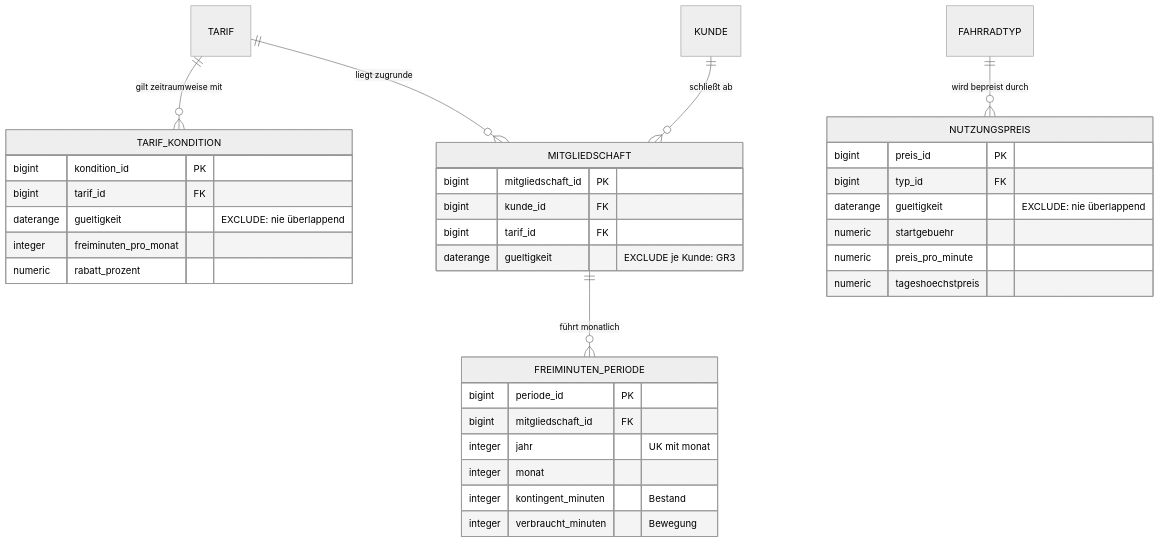
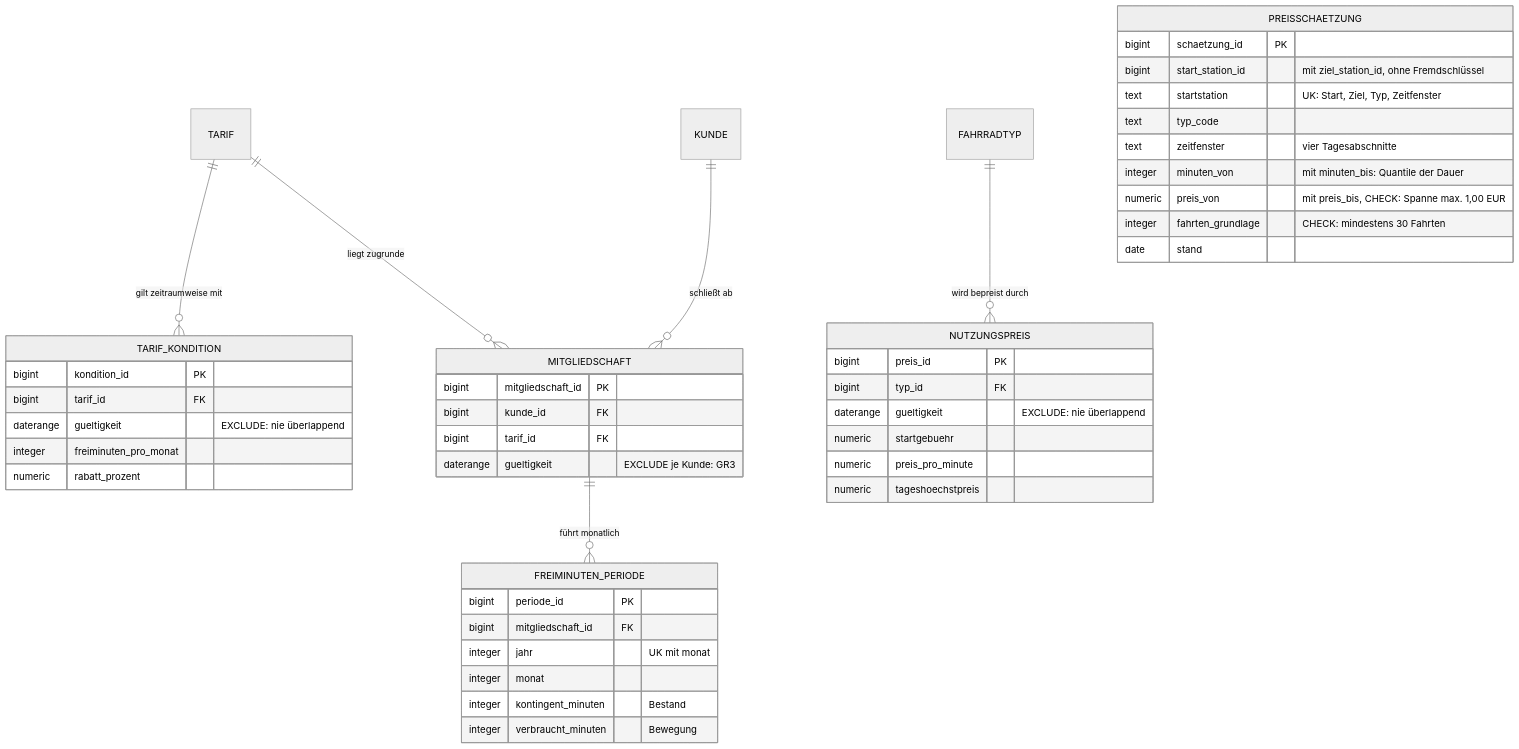
The diagram in doku/datenmodell/erd/rel-c-tarif-und-preis.mmd (swrobuts/velocity-fallstudie), drawn with Mermaid (neutral theme) before and after one commit. The commit also changed 6 other files, not shown here.

First line of the commit message:
fix(erd): drei Diagramme kannten die Preisschaetzung nicht

```diff
--- a/doku/datenmodell/erd/rel-c-tarif-und-preis.mmd
+++ b/doku/datenmodell/erd/rel-c-tarif-und-preis.mmd
@@ -1,36 +1,47 @@
 erDiagram
     TARIF          ||--o{ TARIF_KONDITION     : "gilt zeitraumweise mit"
     KUNDE          ||--o{ MITGLIEDSCHAFT      : "schließt ab"
     TARIF          ||--o{ MITGLIEDSCHAFT      : "liegt zugrunde"
     MITGLIEDSCHAFT ||--o{ FREIMINUTEN_PERIODE : "führt monatlich"
     FAHRRADTYP     ||--o{ NUTZUNGSPREIS       : "wird bepreist durch"
 
     TARIF_KONDITION {
         bigint    kondition_id PK
         bigint    tarif_id     FK
         daterange gueltigkeit  "EXCLUDE: nie überlappend"
         integer   freiminuten_pro_monat
         numeric   rabatt_prozent
     }
     MITGLIEDSCHAFT {
         bigint    mitgliedschaft_id PK
         bigint    kunde_id          FK
         bigint    tarif_id          FK
         daterange gueltigkeit       "EXCLUDE je Kunde: GR3"
     }
     FREIMINUTEN_PERIODE {
         bigint  periode_id         PK
         bigint  mitgliedschaft_id  FK
         integer jahr               "UK mit monat"
         integer monat
         integer kontingent_minuten "Bestand"
         integer verbraucht_minuten "Bewegung"
     }
     NUTZUNGSPREIS {
         bigint    preis_id          PK
         bigint    typ_id            FK
         daterange gueltigkeit       "EXCLUDE: nie überlappend"
         numeric   startgebuehr
         numeric   preis_pro_minute
         numeric   tageshoechstpreis
     }
+    PREISSCHAETZUNG {
+        bigint  schaetzung_id     PK
+        bigint  start_station_id  "mit ziel_station_id, ohne Fremdschlüssel"
+        text    startstation      "UK: Start, Ziel, Typ, Zeitfenster"
+        text    typ_code
+        text    zeitfenster       "vier Tagesabschnitte"
+        integer minuten_von       "mit minuten_bis: Quantile der Dauer"
+        numeric preis_von         "mit preis_bis, CHECK: Spanne max. 1,00 EUR"
+        integer fahrten_grundlage "CHECK: mindestens 30 Fahrten"
+        date    stand
+    }
```
